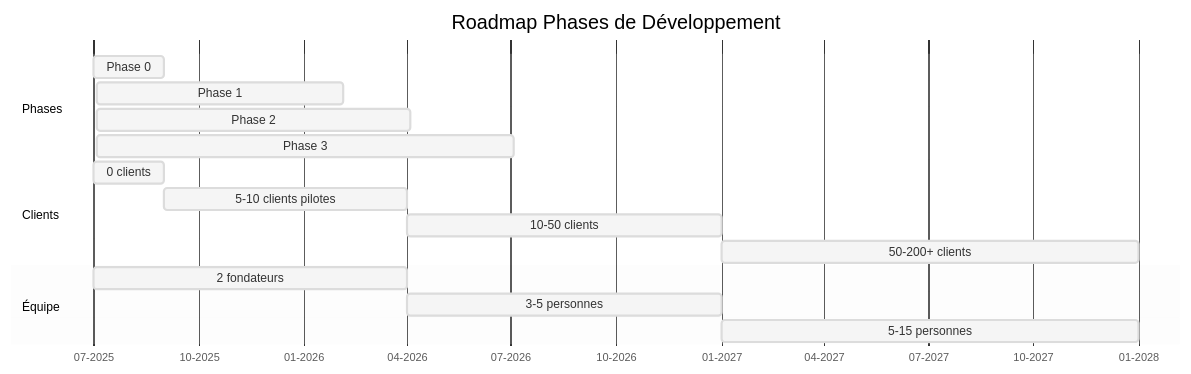
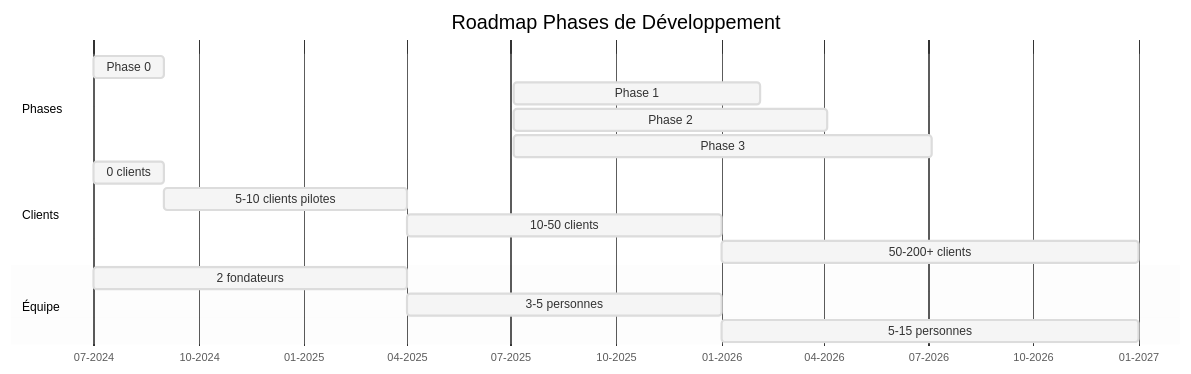
One commit to MacroMan5/project_a3e_beta changed the sixth of 9 diagrams in project/6_product_specifications/PRD_MASTER.md. Above: the diagram before and after it, drawn with Mermaid. The commit also changed other lines of this file and 16 other files, not shown here.

````diff
--- a/project/6_product_specifications/PRD_MASTER.md
+++ b/project/6_product_specifications/PRD_MASTER.md
@@ -220,24 +226,24 @@
 ```mermaid
 %%{init: {'theme': 'base', 'themeVariables': { 'primaryColor': '#f5f5f5', 'lineColor': '#999'}}}%%
 gantt
     title Roadmap Phases de Développement
     dateFormat  MM-YYYY
     axisFormat  %m-%Y
     
     section Phases
-    Phase 0: Validation       :p0, 07-2025, 2M
+    Phase 0: Validation       :p0, 07-2024, 2M
     Phase 1: MVP              :p1, after p0, 7M
     Phase 2: Expansion        :p2, after p1, 9M
     Phase 3: Plateforme       :p3, after p2, 12M
     
     section Clients
-    0 clients                 :c0, 07-2025, 2M
+    0 clients                 :c0, 07-2024, 2M
     5-10 clients pilotes      :c1, after c0, 7M
     10-50 clients             :c2, after c1, 9M
     50-200+ clients           :c3, after c2, 12M
     
     section Équipe
-    2 fondateurs              :e1, 07-2025, 9M
+    2 fondateurs              :e1, 07-2024, 9M
     3-5 personnes             :e2, after e1, 9M
     5-15 personnes            :e3, after e2, 12M
 ```
````
